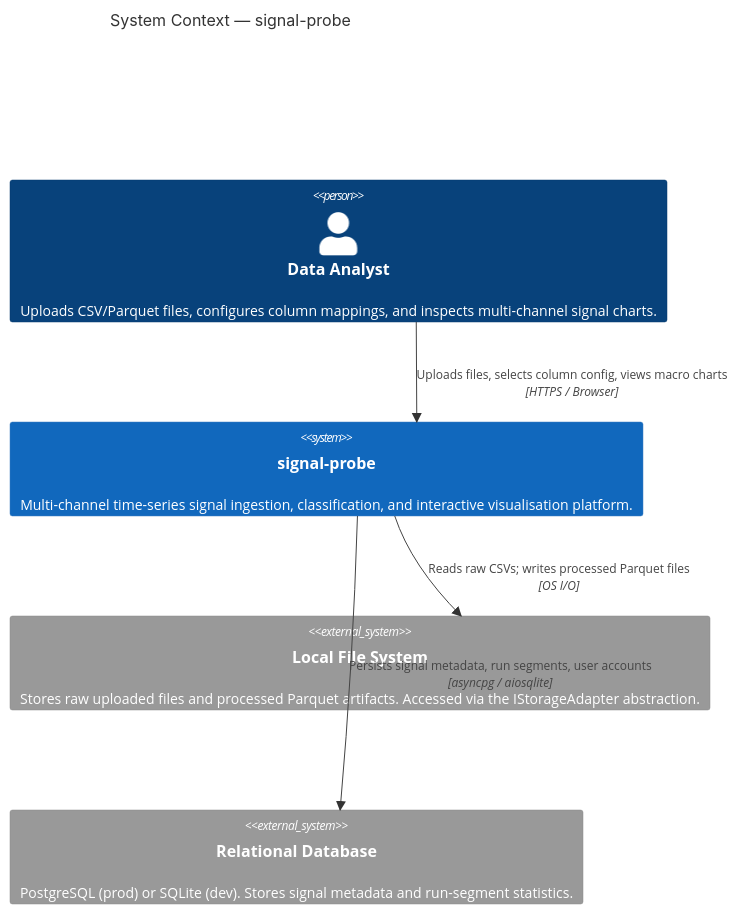
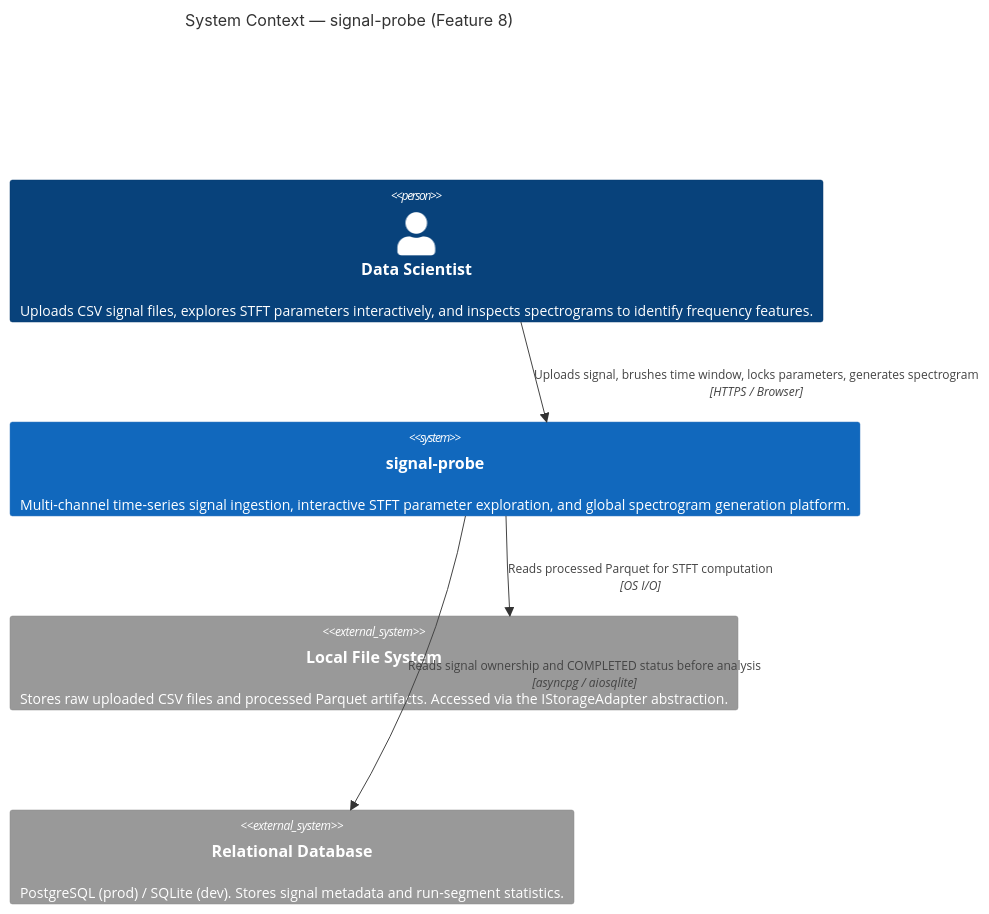
The first of 9 diagrams in ARCHITECTURE.md (PenHsuanWang/signal-probe), drawn with Mermaid before and after one commit. The commit also changed other lines of this file and 15 other files, not shown here.

First line of the commit message:
feat(frontend): STFT parameter exploration UI

````diff
--- a/ARCHITECTURE.md
+++ b/ARCHITECTURE.md
@@ -58,16 +61,16 @@
 ```mermaid
 C4Context
-    title System Context — signal-probe
+    title System Context — signal-probe (Feature 8)
 
-    Person(analyst, "Data Analyst", "Uploads CSV/Parquet files, configures column mappings, and inspects multi-channel signal charts.")
+    Person(analyst, "Data Scientist", "Uploads CSV signal files, explores STFT parameters interactively, and inspects spectrograms to identify frequency features.")
 
-    System(signalProbe, "signal-probe", "Multi-channel time-series signal ingestion, classification, and interactive visualisation platform.")
+    System(signalProbe, "signal-probe", "Multi-channel time-series signal ingestion, interactive STFT parameter exploration, and global spectrogram generation platform.")
 
-    System_Ext(fileSystem, "Local File System", "Stores raw uploaded files and processed Parquet artifacts. Accessed via the IStorageAdapter abstraction.")
+    System_Ext(fileSystem, "Local File System", "Stores raw uploaded CSV files and processed Parquet artifacts. Accessed via the IStorageAdapter abstraction.")
 
-    System_Ext(db, "Relational Database", "PostgreSQL (prod) or SQLite (dev). Stores signal metadata and run-segment statistics.")
+    System_Ext(db, "Relational Database", "PostgreSQL (prod) / SQLite (dev). Stores signal metadata and run-segment statistics.")
 
-    Rel(analyst, signalProbe, "Uploads files, selects column config, views macro charts", "HTTPS / Browser")
-    Rel(signalProbe, fileSystem, "Reads raw CSVs; writes processed Parquet files", "OS I/O")
-    Rel(signalProbe, db, "Persists signal metadata, run segments, user accounts", "asyncpg / aiosqlite")
+    Rel(analyst, signalProbe, "Uploads signal, brushes time window, locks parameters, generates spectrogram", "HTTPS / Browser")
+    Rel(signalProbe, fileSystem, "Reads processed Parquet for STFT computation", "OS I/O")
+    Rel(signalProbe, db, "Reads signal ownership and COMPLETED status before analysis", "asyncpg / aiosqlite")
 ```
````
